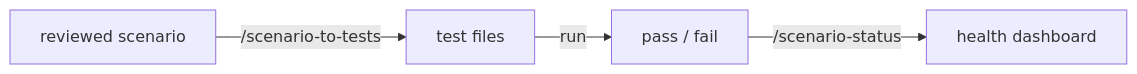
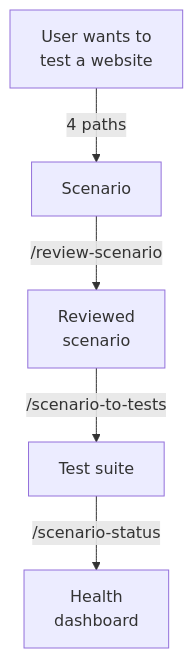
Before and after one commit to mattbobambrose/playwright-scenarios: the first of 5 diagrams in website/playwright-scenarios/docs/workflow.md, drawn with Mermaid. The commit also changed other lines of this file and 16 other files, not shown here.

````diff
--- a/website/playwright-scenarios/docs/workflow.md
+++ b/website/playwright-scenarios/docs/workflow.md
@@ -11,6 +9,7 @@
 ``` mermaid
-graph LR
-    A[reviewed scenario] -->|"/scenario-to-tests"| B[test files]
-    B -->|run| C[pass / fail]
-    C -->|"/scenario-status"| D[health dashboard]
+graph TD
+    A[User wants to<br/>test a website] -->|"4 paths"| B[Scenario]
+    B -->|"/review-scenario"| C[Reviewed<br/>scenario]
+    C -->|"/scenario-to-tests"| D[Test suite]
+    D -->|"/scenario-status"| E[Health<br/>dashboard]
 ```
````
